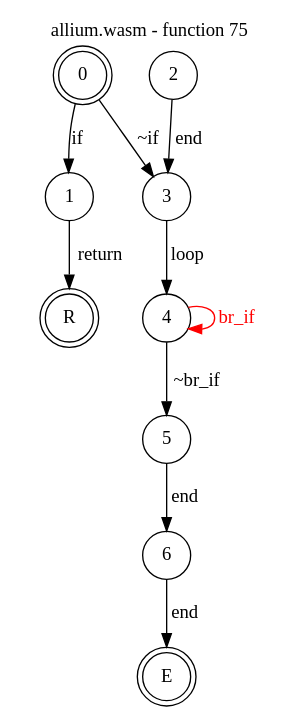
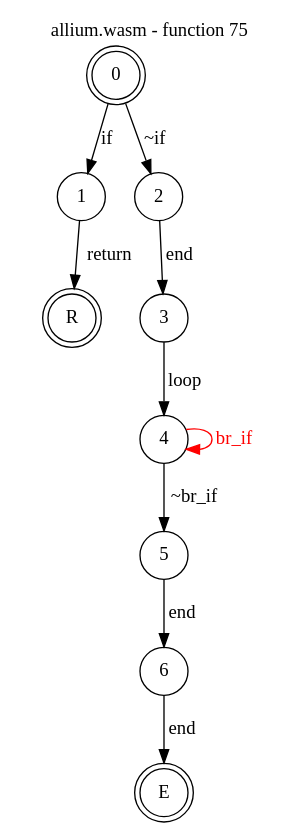
Before and after one commit to jsCarleton/wanalyze: the diagram in test_cases/allium/funcs/allium-func75.dot, drawn with Graphviz. The commit also changed 205 other files, not shown here.

```diff
--- a/test_cases/allium/funcs/allium-func75.dot
+++ b/test_cases/allium/funcs/allium-func75.dot
@@ -1,18 +1,18 @@
 digraph finite_state_machine {
     label = "allium.wasm - function 75"
     labelloc =  t
     labelfontsize = 16
     labelfontcolor = black
     labelfontname = "Helvetica"
     node [shape = doublecircle]; 0 E R ;
     node [shape = circle];
     0 -> 1[label="if"];
-    0 -> 3[label="~if"];
+    0 -> 2[label="~if"];
     1 -> R[label="return"];
     2 -> 3[label="end"];
     3 -> 4[label="loop"];
     4 -> 5[label="~br_if"];
     4 -> 4[color="red" fontcolor="red" label="br_if"];
     5 -> 6[label="end"];
     6 -> E[label="end"];
 }
```
